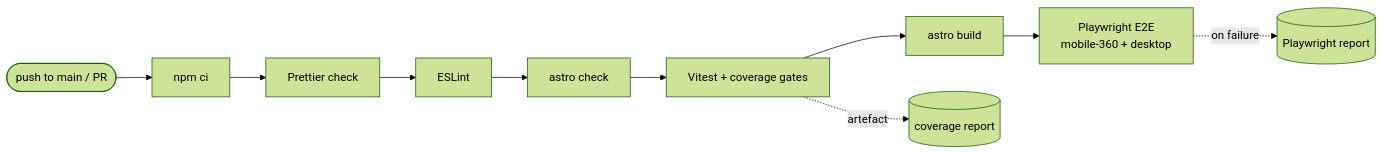
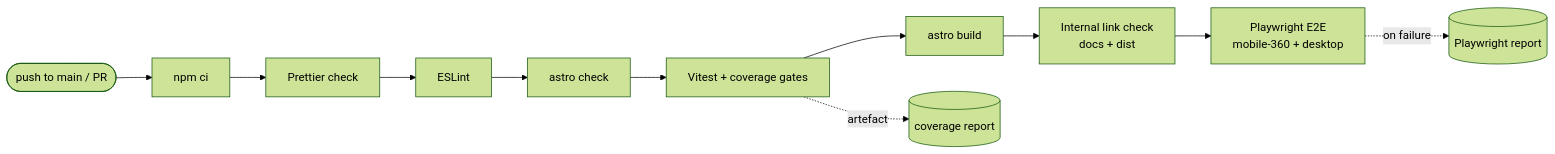
Before and after one commit to tudorgrigoriu90/valvia: the diagram in docs/ci-cd.md, drawn with Mermaid (forest theme). The commit also changed 14 other files, not shown here.

First line of the commit message:
CH-2: internal link checker for docs and built site

````diff
--- a/docs/ci-cd.md
+++ b/docs/ci-cd.md
@@ -16,9 +16,9 @@
 ```mermaid
 flowchart LR
     trig(["push to main / PR"]) --> install["npm ci"]
     install --> fmt["Prettier check"] --> lint["ESLint"] --> types["astro check"]
     types --> unit["Vitest + coverage gates"] --> build["astro build"]
-    build --> e2e["Playwright E2E<br/>mobile-360 + desktop"]
+    build --> links["Internal link check<br/>docs + dist"] --> e2e["Playwright E2E<br/>mobile-360 + desktop"]
     unit -. artefact .-> cov[("coverage report")]
     e2e -. on failure .-> pw[("Playwright report")]
 ```
````
